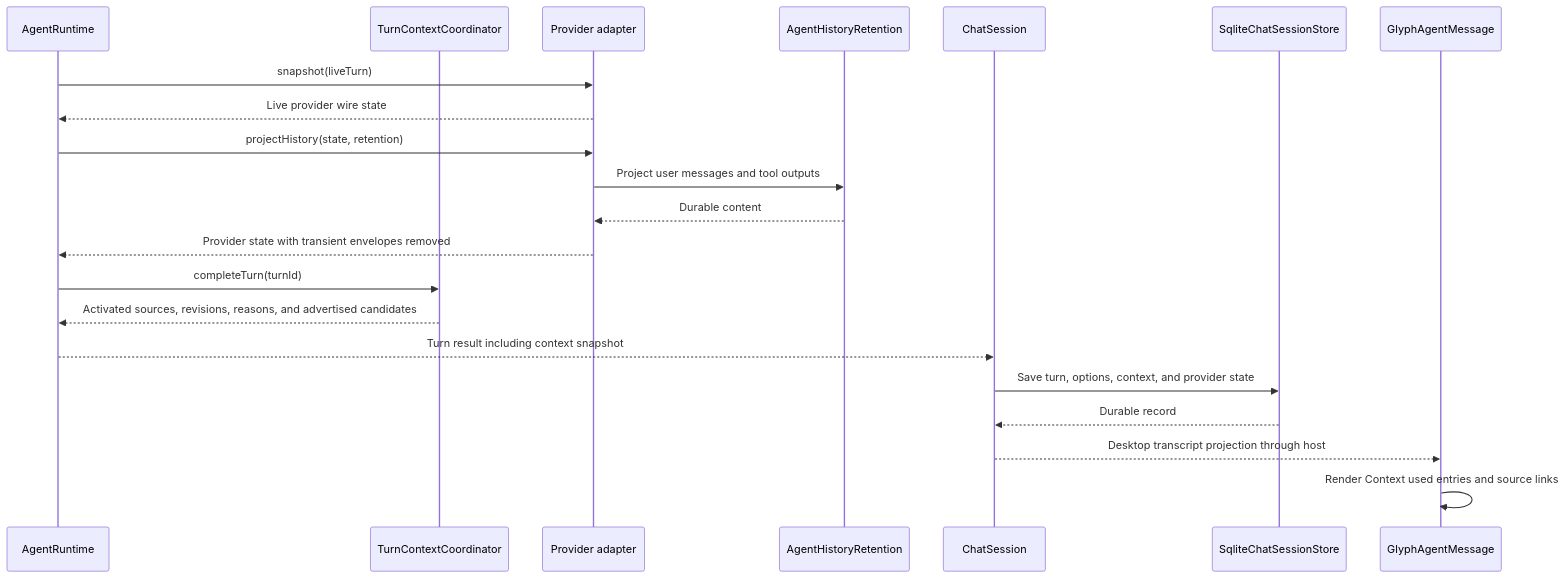
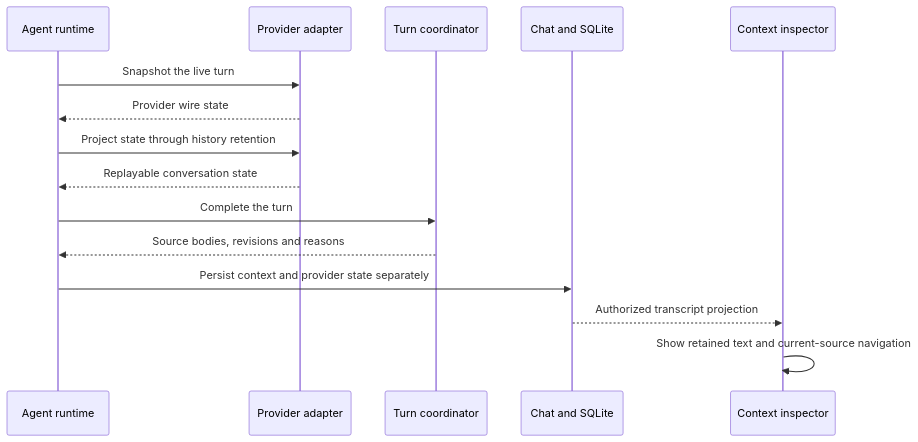
The tenth of 10 diagrams in docs/AGENT_INSTRUCTIONS.md (danceroutine/Glyph), drawn with Mermaid before and after one commit. The commit also changed other lines of this file and 332 other files, not shown here.

````diff
--- a/docs/AGENT_INSTRUCTIONS.md
+++ b/docs/AGENT_INSTRUCTIONS.md
@@ -312,24 +456,18 @@
 ```mermaid
 sequenceDiagram
-    participant Runtime as AgentRuntime
-    participant Coordinator as TurnContextCoordinator
-    participant Adapter as Provider adapter
-    participant Retention as AgentHistoryRetention
-    participant Chat as ChatSession
-    participant Store as SqliteChatSessionStore
-    participant UI as GlyphAgentMessage
+    participant Run as Agent runtime
+    participant Provider as Provider adapter
+    participant Turn as Turn coordinator
+    participant Chat as Chat and SQLite
+    participant UI as Context inspector
 
-    Runtime->>Adapter: snapshot(liveTurn)
-    Adapter-->>Runtime: Live provider wire state
-    Runtime->>Adapter: projectHistory(state, retention)
-    Adapter->>Retention: Project user messages and tool outputs
-    Retention-->>Adapter: Durable content
-    Adapter-->>Runtime: Provider state with transient envelopes removed
-    Runtime->>Coordinator: completeTurn(turnId)
-    Coordinator-->>Runtime: Activated sources, revisions, reasons, and advertised candidates
-    Runtime-->>Chat: Turn result including context snapshot
-    Chat->>Store: Save turn, options, context, and provider state
-    Store-->>Chat: Durable record
-    Chat-->>UI: Desktop transcript projection through host
-    UI->>UI: Render Context used entries and source links
+    Run->>Provider: Snapshot the live turn
+    Provider-->>Run: Provider wire state
+    Run->>Provider: Project state through history retention
+    Provider-->>Run: Replayable conversation state
+    Run->>Turn: Complete the turn
+    Turn-->>Run: Source bodies, revisions and reasons
+    Run->>Chat: Persist context and provider state separately
+    Chat-->>UI: Authorized transcript projection
+    UI->>UI: Show retained text and current-source navigation
 ```
````
